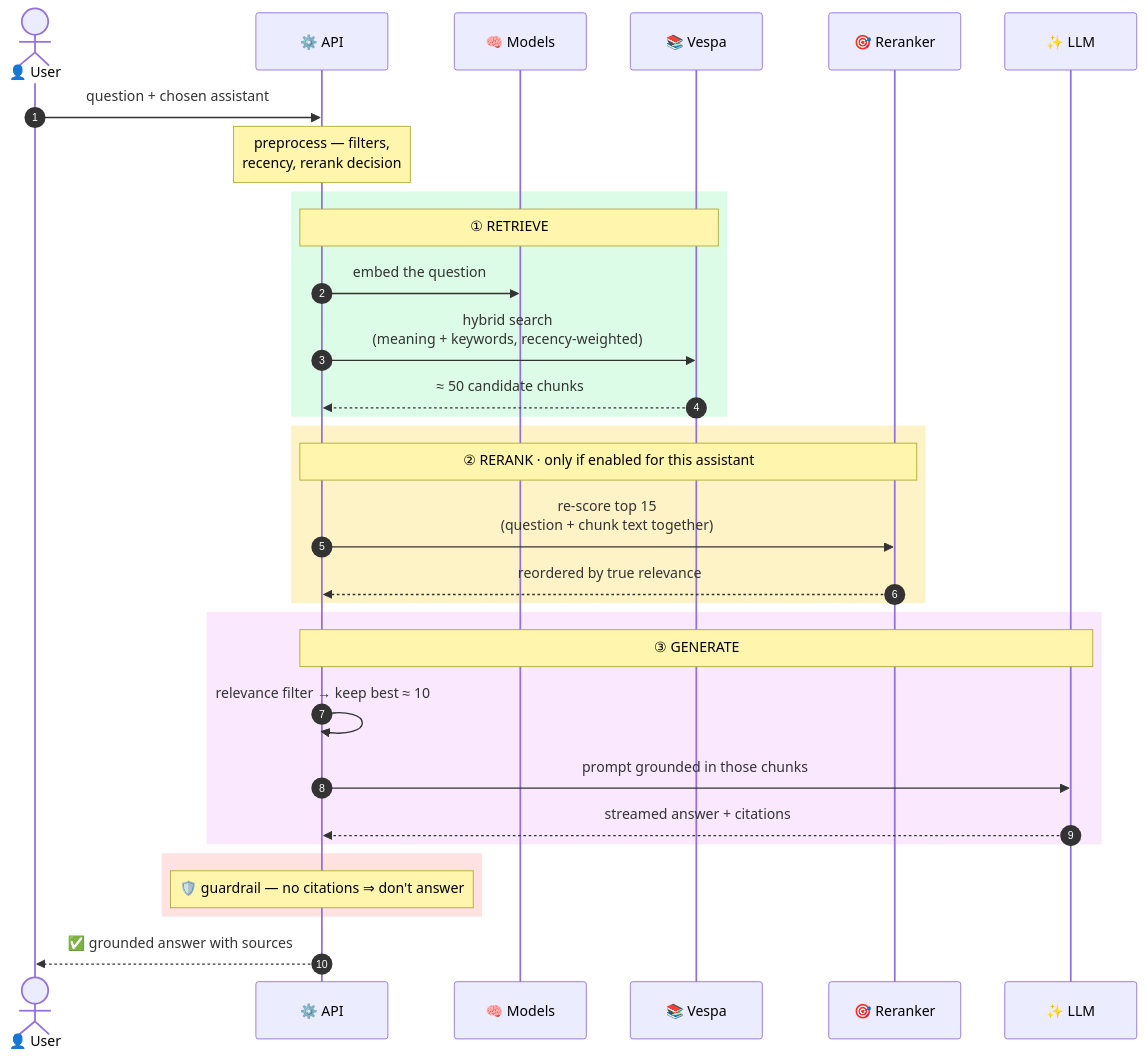
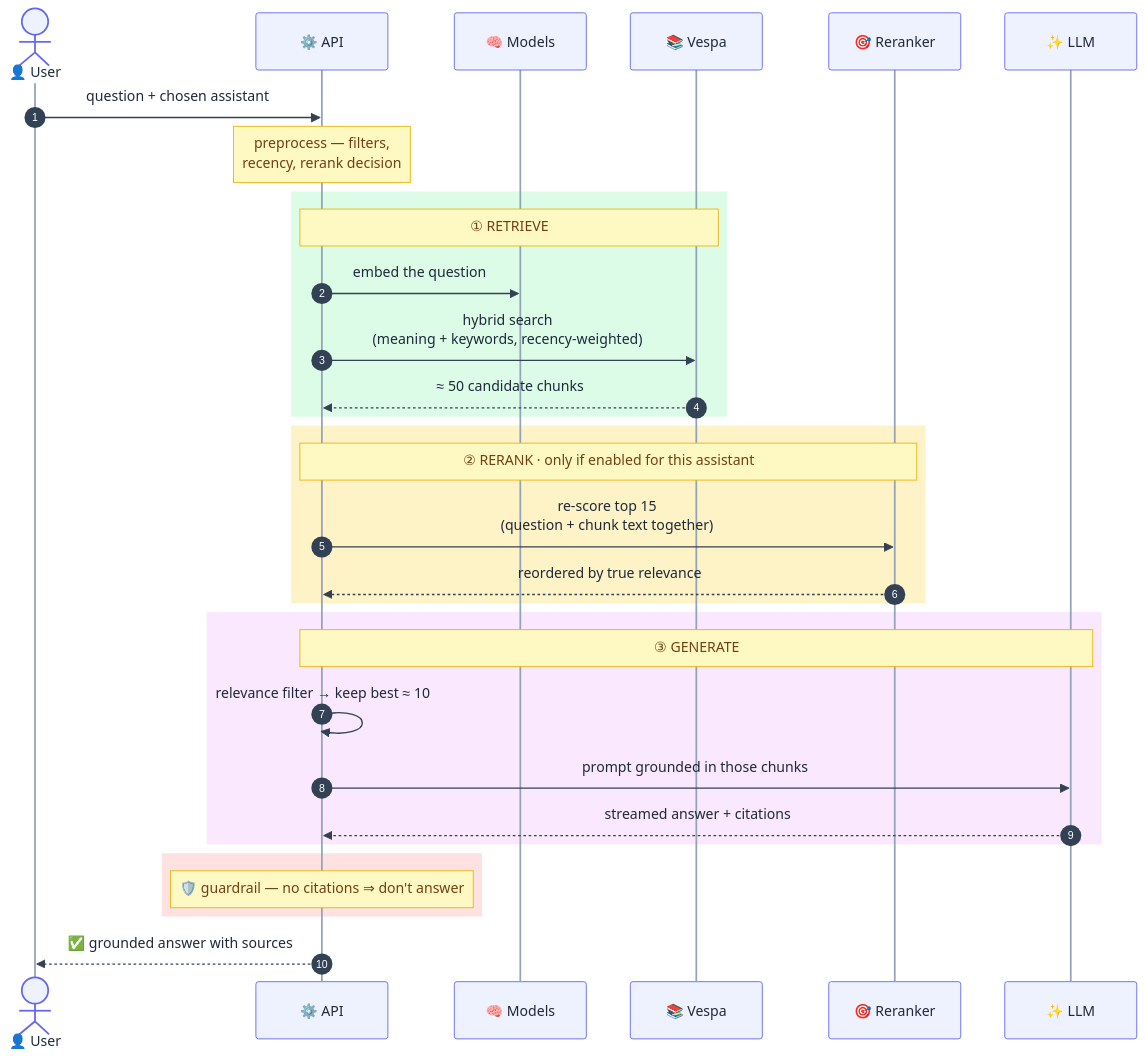
One commit to UiPath/danswer changed the second of 6 diagrams in docs/how-darwin-answers-questions.md. Above: the diagram before and after it, drawn with Mermaid. The commit also changed other lines of this file and 77 other files, not shown here.

````diff
--- a/docs/how-darwin-answers-questions.md
+++ b/docs/how-darwin-answers-questions.md
@@ -77,38 +78,39 @@
 ```mermaid
+%%{init: {'theme':'base','themeVariables':{'textColor':'#1e293b','lineColor':'#64748b','actorBkg':'#eef2ff','actorTextColor':'#1e293b','actorBorder':'#6366f1','actorLineColor':'#94a3b8','signalColor':'#334155','signalTextColor':'#1e293b','noteBkgColor':'#fef9c3','noteTextColor':'#713f12','noteBorderColor':'#eab308','labelBoxBkgColor':'#e0e7ff','labelBoxBorderColor':'#6366f1','labelTextColor':'#1e293b','sequenceNumberColor':'#ffffff','activationBkgColor':'#e0e7ff','activationBorderColor':'#6366f1'}}}%%
 sequenceDiagram
     autonumber
     actor U as 👤 User
     participant API as ⚙️ API
     participant MS as 🧠 Models
     participant V as 📚 Vespa
     participant R as 🎯 Reranker
     participant L as ✨ LLM
 
     U->>API: question + chosen assistant
     Note over API: preprocess — filters,<br/>recency, rerank decision
 
     rect rgb(220, 252, 231)
     Note over API,V: ① RETRIEVE
     API->>MS: embed the question
     API->>V: hybrid search<br/>(meaning + keywords, recency-weighted)
     V-->>API: ≈ 50 candidate chunks
     end
 
     rect rgb(254, 243, 199)
     Note over API,R: ② RERANK · only if enabled for this assistant
     API->>R: re-score top 15<br/>(question + chunk text together)
     R-->>API: reordered by true relevance
     end
 
     rect rgb(250, 232, 255)
     Note over API,L: ③ GENERATE
     API->>API: relevance filter → keep best ≈ 10
     API->>L: prompt grounded in those chunks
     L-->>API: streamed answer + citations
     end
 
     rect rgb(254, 226, 226)
     Note over API: 🛡️ guardrail — no citations ⇒ don't answer
     end
     API-->>U: ✅ grounded answer with sources
 ```
````
